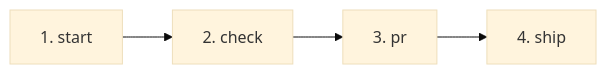
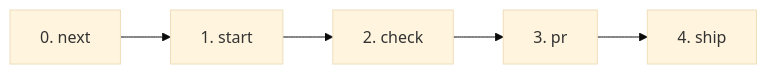
The diagram in skills/github-flow/SKILL.md (cemcakirlar/skills), drawn with Mermaid (base theme) before and after one commit. The commit also changed other lines of this file and 1 other file, not shown here.

Commit message:
feat(skills): sync improvements from comfy-ts (#2)

````diff
--- a/skills/github-flow/SKILL.md
+++ b/skills/github-flow/SKILL.md
@@ -24,6 +24,7 @@
 ```mermaid
 flowchart LR
-    A[1. start <issue>] --> B[2. check]
-    B --> C[3. pr <issue>]
-    C --> D[4. ship <pr>]
+    A[0. next] --> B[1. start <issue>]
+    B --> C[2. check]
+    C --> D[3. pr <issue>]
+    D --> E[4. ship <pr>]
 ```
````
